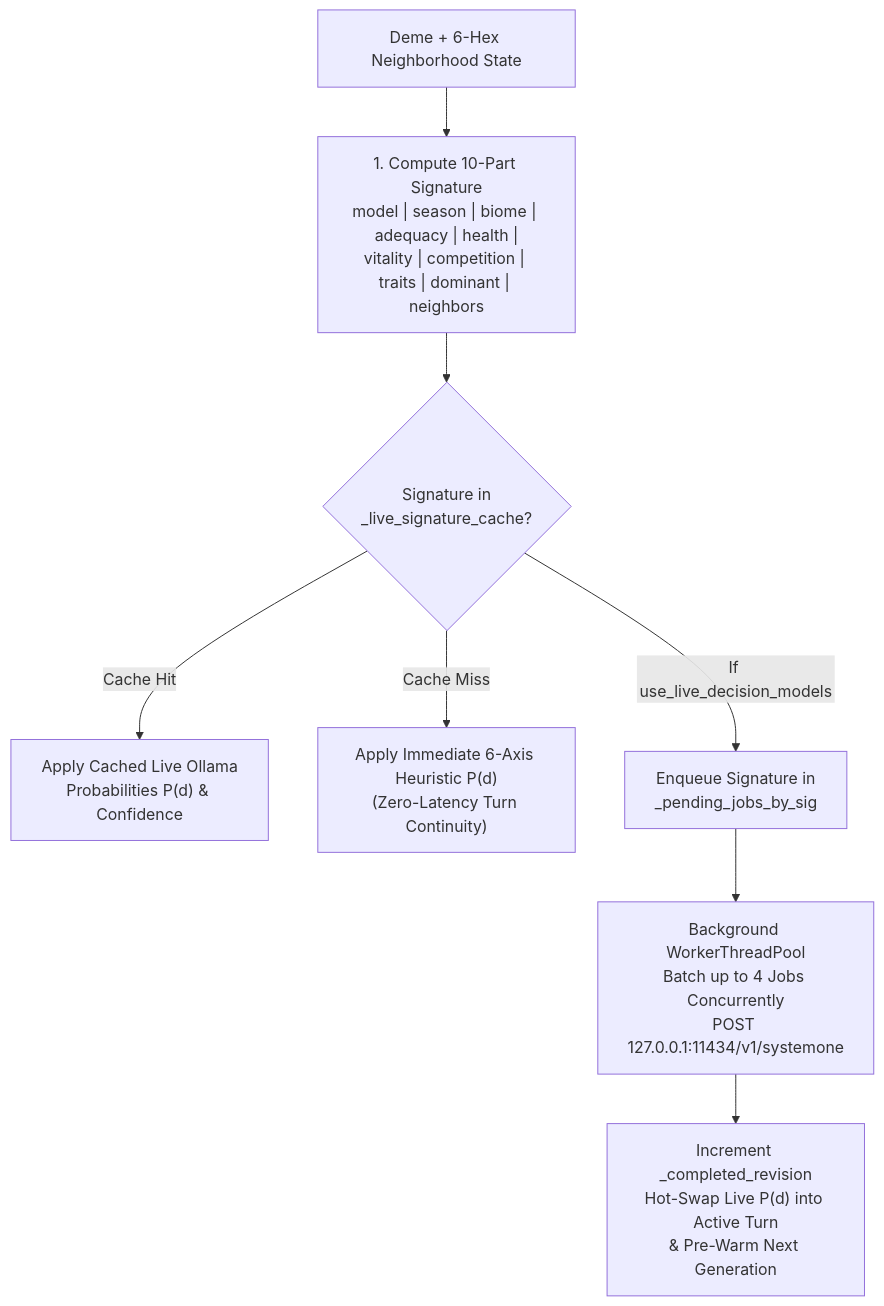
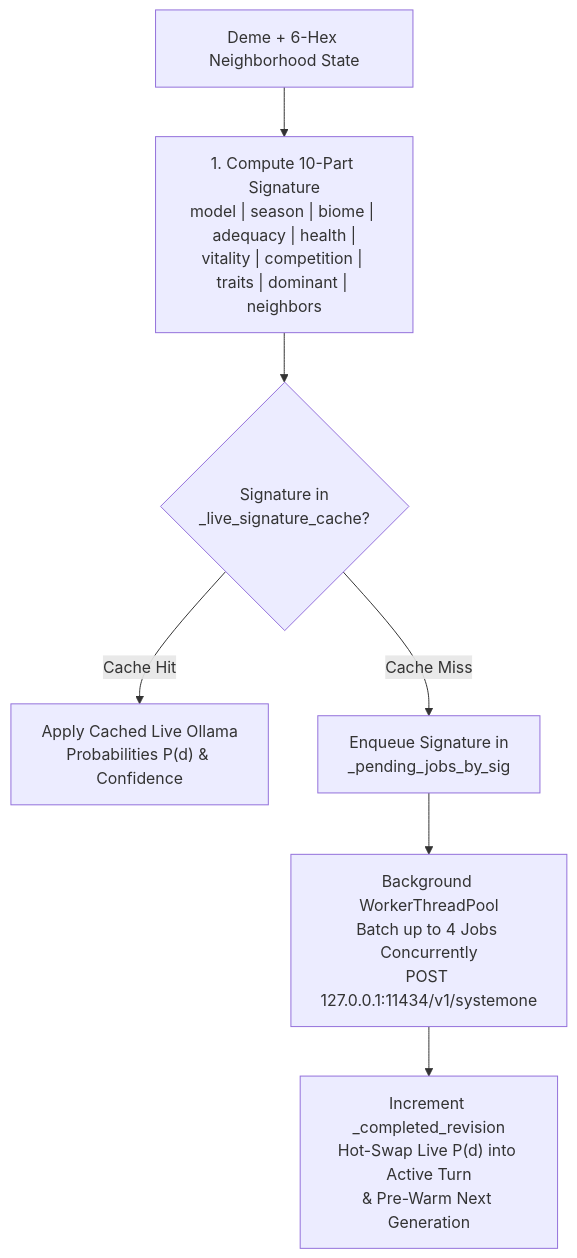
One commit to arrase/Evolution changed the diagram in gh-pages/cognitive_engine.md. Above: the diagram before and after it, drawn with Mermaid. The commit also changed other lines of this file and 15 other files, not shown here.

First line of the commit message:
Enforce live Ollama decision models and remove deterministic decision heuristics

````diff
--- a/gh-pages/cognitive_engine.md
+++ b/gh-pages/cognitive_engine.md
@@ -11,10 +11,9 @@
 ```mermaid
 flowchart TD
     Deme["Deme + 6-Hex Neighborhood State"] --> Sig["1. Compute 10-Part Signature\nmodel | season | biome | adequacy | health |\nvitality | competition | traits | dominant | neighbors"]
     Sig --> CacheCheck{"Signature in\n_live_signature_cache?"}
     CacheCheck -- "Cache Hit" --> ApplyLive["Apply Cached Live Ollama\nProbabilities P(d) & Confidence"]
-    CacheCheck -- "Cache Miss" --> Heur["Apply Immediate 6-Axis Heuristic P(d)\n(Zero-Latency Turn Continuity)"]
-    CacheCheck -- "If use_live_decision_models" --> Queue["Enqueue Signature in\n_pending_jobs_by_sig"]
+    CacheCheck -- "Cache Miss" --> Queue["Enqueue Signature in\n_pending_jobs_by_sig"]
     Queue --> Worker["Background WorkerThreadPool\nBatch up to 4 Jobs Concurrently\nPOST 127.0.0.1:11434/v1/systemone"]
     Worker --> HotSwap["Increment _completed_revision\nHot-Swap Live P(d) into Active Turn\n& Pre-Warm Next Generation"]
 ```
````
